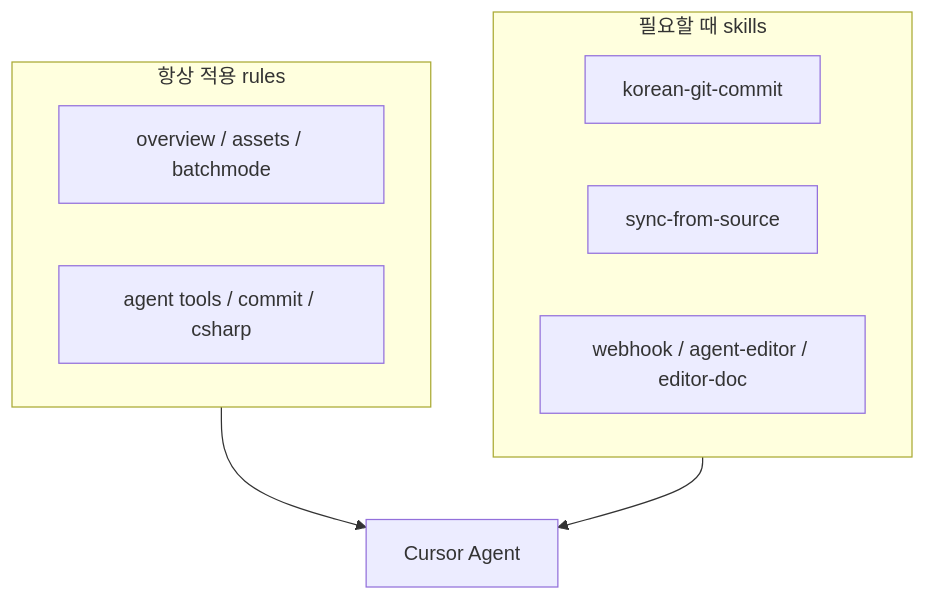
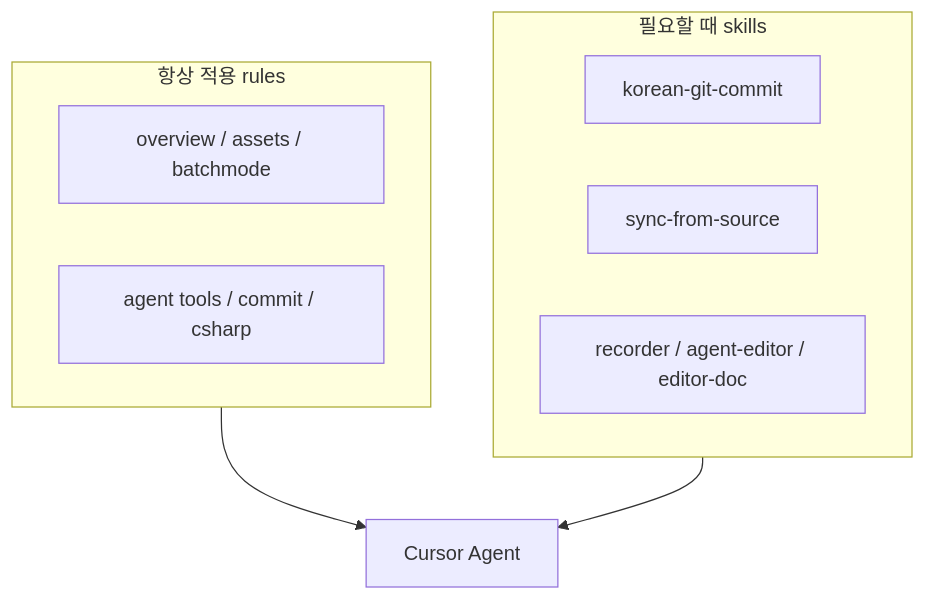
Before and after one commit to cyKim0115/MyUtil: the diagram in docs/site/learn/cursor-skills.md, drawn with Mermaid. The commit also changed other lines of this file and 9 other files, not shown here.

````diff
--- a/docs/site/learn/cursor-skills.md
+++ b/docs/site/learn/cursor-skills.md
@@ -101,14 +105,14 @@
 ```mermaid
 flowchart TB
   subgraph always [항상 적용 rules]
     R1[overview / assets / batchmode]
     R2[agent tools / commit / csharp]
   end
   subgraph ondemand [필요할 때 skills]
     S1[korean-git-commit]
     S2[sync-from-source]
-    S3[webhook / agent-editor / editor-doc]
+    S3[recorder / agent-editor / editor-doc]
   end
   always --> Agent[Cursor Agent]
   ondemand --> Agent
 ```
````
